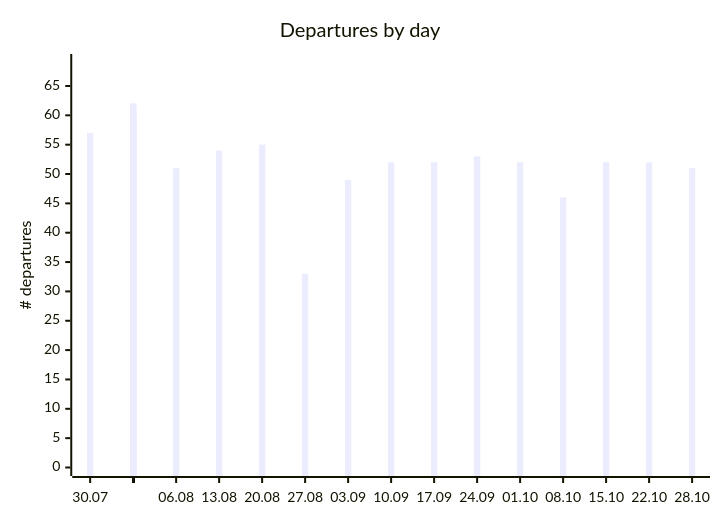
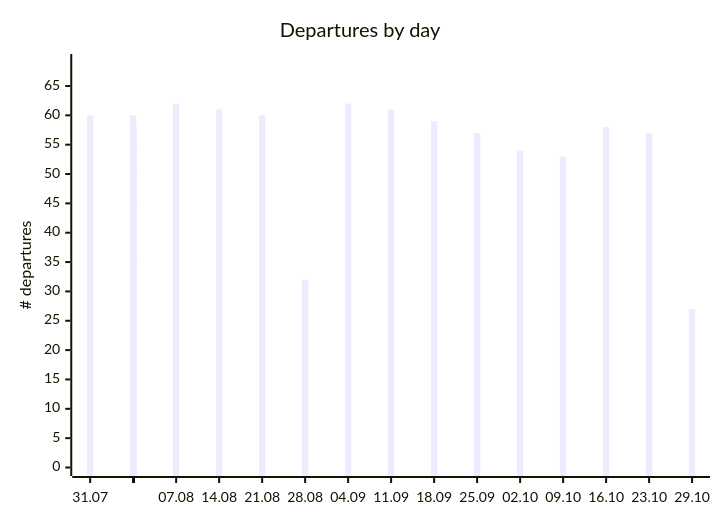
The first of 2 diagrams in README.md (rainermesi/tll-airport-departures), drawn with Mermaid before and after one commit. The commit also changed other lines of this file and 3 other files, not shown here.

````diff
--- a/README.md
+++ b/README.md
@@ -37,12 +37,12 @@
 ```mermaid
 ---
 xyChart:
     xAxis:
       labelFontSize: 8
 ---
 xychart-beta
     title "Departures by day"
-    x-axis ["30.07", " ", " ", " ", " ", " ", " ", "06.08", " ", " ", " ", " ", " ", " ", "13.08", " ", " ", " ", " ", " ", " ", "20.08", " ", " ", " ", " ", " ", " ", "27.08", " ", " ", " ", " ", " ", " ", "03.09", " ", " ", " ", " ", " ", " ", "10.09", " ", " ", " ", " ", " ", " ", "17.09", " ", " ", " ", " ", " ", " ", "24.09", " ", " ", " ", " ", " ", " ", "01.10", " ", " ", " ", " ", " ", " ", "08.10", " ", " ", " ", " ", " ", " ", "15.10", " ", " ", " ", " ", " ", " ", "22.10", " ", " ", " ", " ", "28.10"]
+    x-axis ["31.07", " ", " ", " ", " ", " ", " ", "07.08", " ", " ", " ", " ", " ", " ", "14.08", " ", " ", " ", " ", " ", " ", "21.08", " ", " ", " ", " ", " ", " ", "28.08", " ", " ", " ", " ", " ", " ", "04.09", " ", " ", " ", " ", " ", " ", "11.09", " ", " ", " ", " ", " ", " ", "18.09", " ", " ", " ", " ", " ", " ", "25.09", " ", " ", " ", " ", " ", " ", "02.10", " ", " ", " ", " ", " ", " ", "09.10", " ", " ", " ", " ", " ", " ", "16.10", " ", " ", " ", " ", " ", " ", "23.10", " ", " ", " ", " ", "29.10"]
     y-axis "# departures" 0 --> 69
-    bar [57, 60, 42, 56, 55, 44, 50, 51, 62, 45, 57, 58, 43, 53, 54, 61, 48, 57, 60, 46, 54, 55, 60, 43, 58, 58, 48, 54, 33, 32, 34, 52, 54, 45, 54, 49, 62, 42, 56, 57, 48, 53, 52, 61, 44, 54, 56, 47, 51, 52, 59, 43, 52, 55, 46, 51, 53, 57, 40, 48, 54, 42, 46, 52, 54, 40, 48, 50, 36, 45, 46, 53, 35, 49, 50, 34, 46, 52, 58, 44, 55, 56, 46, 48, 52, 57, 46, 50, 46, 51]
+    bar [60, 42, 56, 55, 44, 50, 51, 62, 45, 57, 58, 43, 53, 54, 61, 48, 57, 60, 46, 54, 55, 60, 43, 58, 58, 48, 54, 33, 32, 34, 52, 54, 45, 54, 49, 62, 42, 56, 57, 48, 53, 52, 61, 44, 54, 56, 47, 51, 52, 59, 43, 52, 55, 46, 51, 53, 57, 40, 48, 54, 42, 46, 52, 54, 40, 48, 50, 36, 45, 46, 53, 35, 49, 50, 34, 46, 52, 58, 44, 55, 56, 46, 48, 52, 57, 46, 50, 46, 51, 27]
 ```
````
